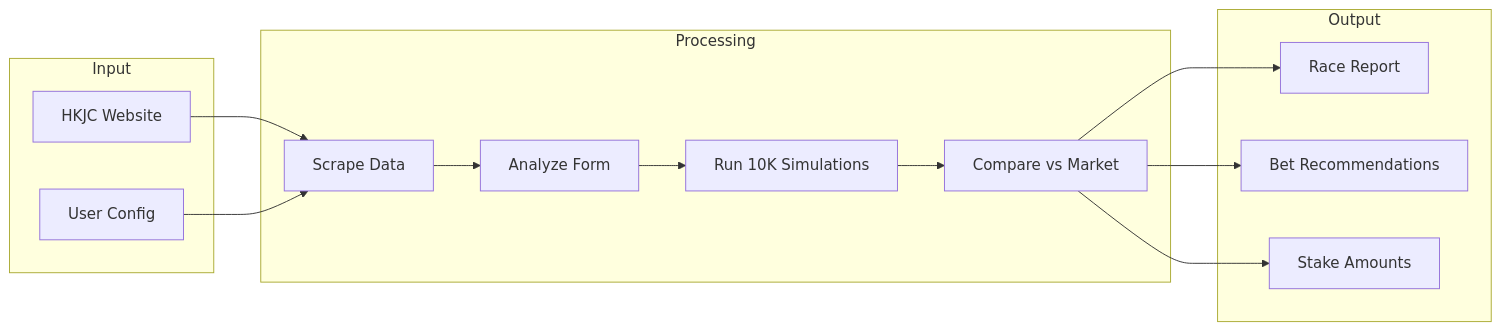
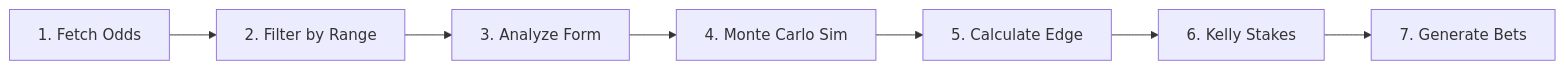
Before and after one commit to AnthonyXcode/hourse-racing: the second of 4 diagrams in README.md, drawn with Mermaid. The commit also changed other lines of this file and 4 other files, not shown here.

````diff
--- a/README.md
+++ b/README.md
@@ -47,29 +244,9 @@
 ```mermaid
 flowchart LR
-    subgraph input [Input]
-        HKJC[HKJC Website]
-        User[User Config]
-    end
-    
-    subgraph process [Processing]
-        Scrape[Scrape Data]
-        Analyze[Analyze Form]
-        Simulate[Run 10K Simulations]
-        Compare[Compare vs Market]
-    end
-    
-    subgraph output [Output]
-        Report[Race Report]
-        Bets[Bet Recommendations]
-        Stakes[Stake Amounts]
-    end
-    
-    HKJC --> Scrape
-    User --> Scrape
-    Scrape --> Analyze
-    Analyze --> Simulate
-    Simulate --> Compare
-    Compare --> Report
-    Compare --> Bets
-    Compare --> Stakes
+    A[1. Fetch Odds] --> B[2. Filter by Range]
+    B --> C[3. Analyze Form]
+    C --> D[4. Monte Carlo Sim]
+    D --> E[5. Calculate Edge]
+    E --> F[6. Kelly Stakes]
+    F --> G[7. Generate Bets]
 ```
````
